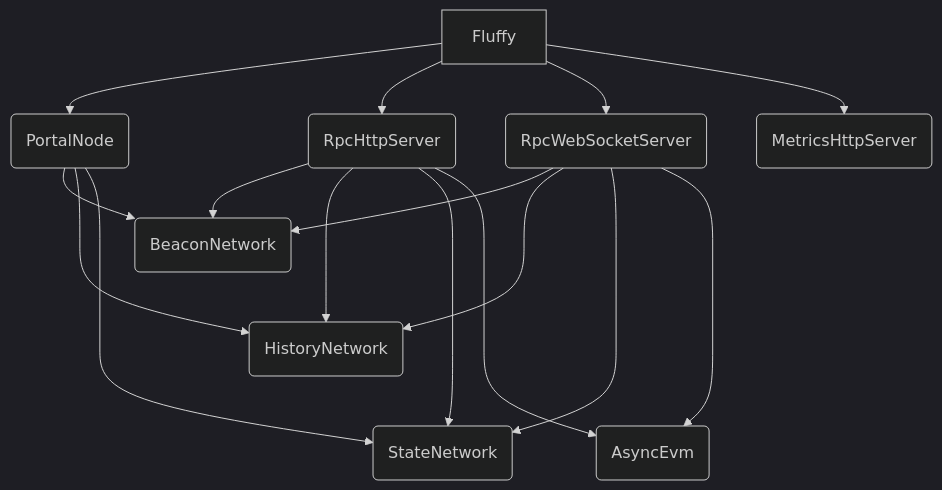
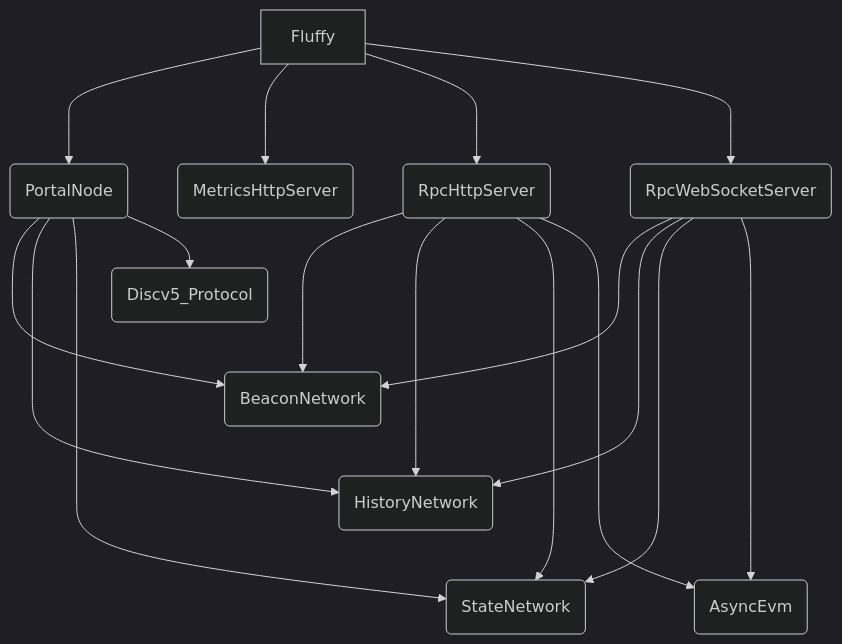
Before and after one commit to status-im/nimbus-eth1: the first of 3 diagrams in fluffy/docs/the_fluffy_book/docs/architecture.md, drawn with Mermaid (dark theme). The commit also changed other lines of this file, not shown here.

Commit message:
Refine diagrams.

````diff
--- a/fluffy/docs/the_fluffy_book/docs/architecture.md
+++ b/fluffy/docs/the_fluffy_book/docs/architecture.md
@@ -13,9 +6,11 @@
 ```mermaid
 
 graph TD;
-    Fluffy --> id2(PortalNode) & id3(RpcHttpServer) & id4(RpcWebSocketServer) & id5(MetricsHttpServer)
-    id3(RpcHttpServer) & id4(RpcWebSocketServer) & id2(PortalNode) --> id7(BeaconNetwork)
-    id3(RpcHttpServer) & id4(RpcWebSocketServer) & id2(PortalNode) ---> id8(HistoryNetwork)
-    id3(RpcHttpServer) & id4(RpcWebSocketServer) & id2(PortalNode) ----> id9(StateNetwork)
-    id3(RpcHttpServer) & id4(RpcWebSocketServer) ----> id6(AsyncEvm)
+    Fluffy ---> id2(PortalNode) & id5(MetricsHttpServer)
+    Fluffy ---> id3(RpcHttpServer) & id4(RpcWebSocketServer)
+    id3(RpcHttpServer) & id4(RpcWebSocketServer) & id2(PortalNode) ---> id7(BeaconNetwork)
+    id3(RpcHttpServer) & id4(RpcWebSocketServer) & id2(PortalNode) ----> id8(HistoryNetwork)
+    id3(RpcHttpServer) & id4(RpcWebSocketServer) & id2(PortalNode) -----> id9(StateNetwork)
+    id3(RpcHttpServer) & id4(RpcWebSocketServer) -----> id6(AsyncEvm)
+    id2(PortalNode) --> id10(Discv5_Protocol)
 ```
````
